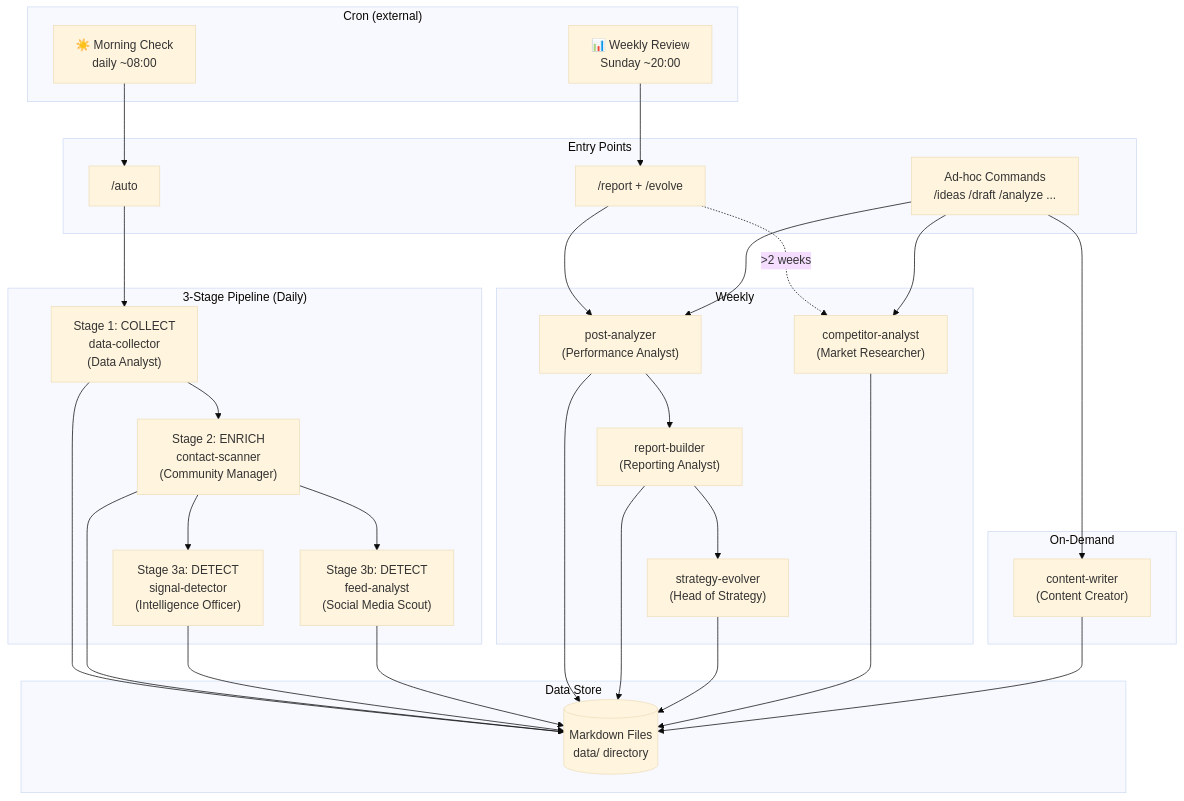
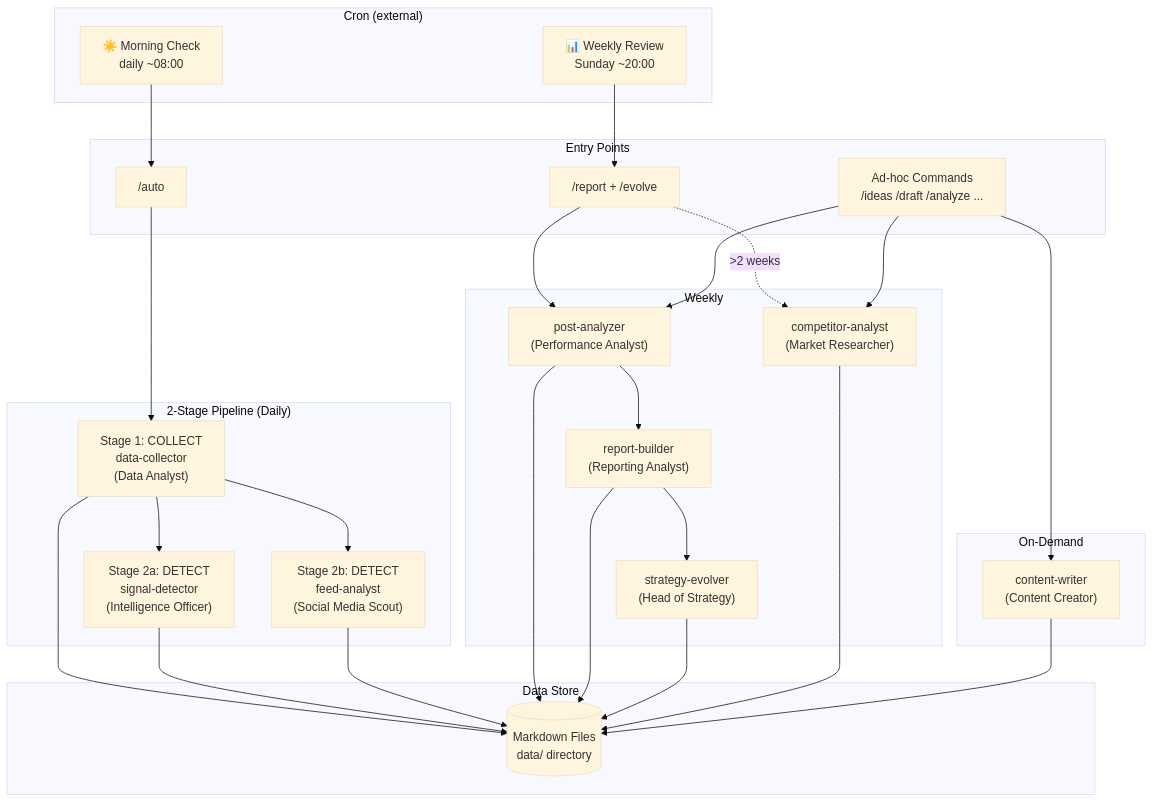
The first of 8 diagrams in plugin/README.md (sabania/linkedin-cli), drawn with Mermaid (base theme) before and after one commit. The commit also changed other lines of this file and 13 other files, not shown here.

First line of the commit message:
Refactor pipeline stages and enhance signal detection

````diff
--- a/plugin/README.md
+++ b/plugin/README.md
@@ -7,55 +7,53 @@
 ```mermaid
 graph TB
     subgraph "Cron (external)"
         CRON_M["☀️ Morning Check<br/>daily ~08:00"]
         CRON_W["📊 Weekly Review<br/>Sunday ~20:00"]
     end
 
     subgraph "Entry Points"
         AUTO["/auto"]
         REPORT["/report + /evolve"]
         ADHOC["Ad-hoc Commands<br/>/ideas /draft /analyze ..."]
     end
 
-    subgraph "3-Stage Pipeline (Daily)"
+    subgraph "2-Stage Pipeline (Daily)"
         S1["Stage 1: COLLECT<br/>data-collector<br/>(Data Analyst)"]
-        S2["Stage 2: ENRICH<br/>contact-scanner<br/>(Community Manager)"]
-        S3A["Stage 3a: DETECT<br/>signal-detector<br/>(Intelligence Officer)"]
-        S3B["Stage 3b: DETECT<br/>feed-analyst<br/>(Social Media Scout)"]
+        S2A["Stage 2a: DETECT<br/>signal-detector<br/>(Intelligence Officer)"]
+        S2B["Stage 2b: DETECT<br/>feed-analyst<br/>(Social Media Scout)"]
     end
 
     subgraph "Weekly"
         PA["post-analyzer<br/>(Performance Analyst)"]
         RB["report-builder<br/>(Reporting Analyst)"]
         SE["strategy-evolver<br/>(Head of Strategy)"]
         CA["competitor-analyst<br/>(Market Researcher)"]
     end
 
     subgraph "On-Demand"
         CW["content-writer<br/>(Content Creator)"]
     end
 
     CRON_M --> AUTO
     CRON_W --> REPORT
-    AUTO --> S1 --> S2 --> S3A
-    S2 --> S3B
+    AUTO --> S1 --> S2A
+    S1 --> S2B
     REPORT --> PA --> RB --> SE
     REPORT -.->|">2 weeks"| CA
     ADHOC --> CW
     ADHOC --> PA
     ADHOC --> CA
 
     subgraph "Data Store"
         DS[(Markdown Files<br/>data/ directory)]
     end
 
     S1 --> DS
-    S2 --> DS
-    S3A --> DS
-    S3B --> DS
+    S2A --> DS
+    S2B --> DS
     PA --> DS
     RB --> DS
     SE --> DS
     CA --> DS
     CW --> DS
 ```
````
